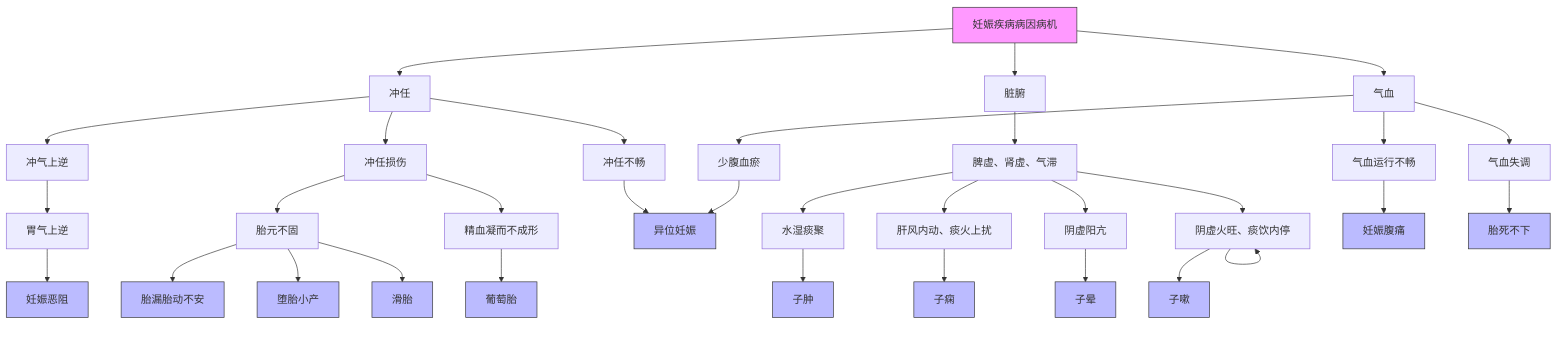
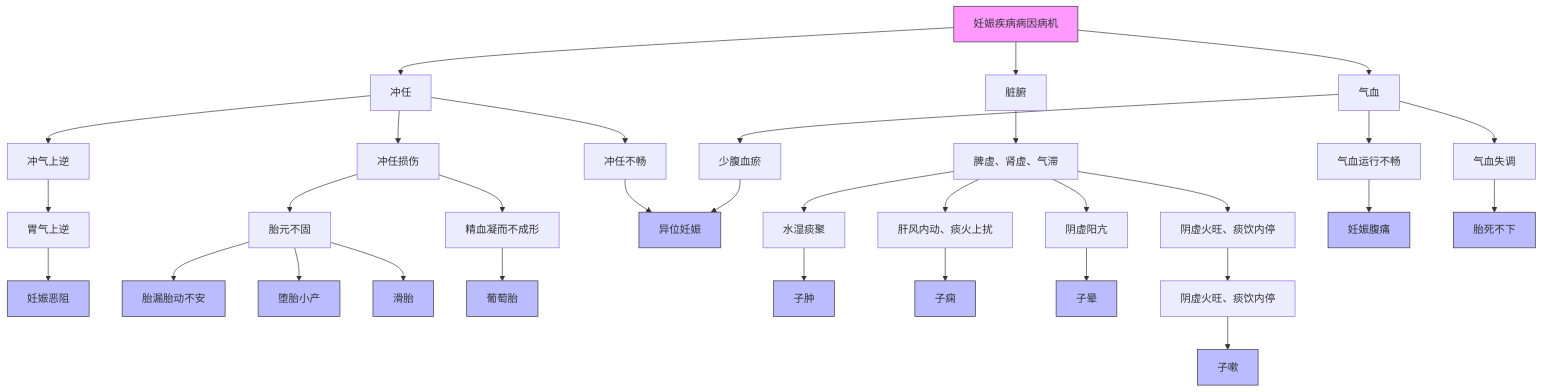
Before and after one commit to lili23755/iodraw-files: the diagram in all/未命名.md, drawn with Mermaid.

Commit message:
2025-04-04 11:15:59 update

````diff
--- a/all/未命名.md
+++ b/all/未命名.md
@@ -1,35 +1,35 @@
 ```mermaid
 flowchart TD
     A[妊娠疾病病因病机] --> B[冲任]
     A --> C[脏腑]
     A --> D[气血]
     
     B --> B1[冲气上逆]--> B1a[胃气上逆]--> 妊娠恶阻
     B --> B2[冲任损伤] --> B2a[胎元不固] -->胎漏胎动不安 & 堕胎小产 & 滑胎
     B2[冲任损伤] --> B2b[精血凝而不成形] -->葡萄胎 
     B --> B3[冲任不畅] --> 异位妊娠
     
     C --> C1[脾虚、肾虚、气滞] --> C1a[水湿痰聚] --> 子肿
     C1 --> C1b[肝风内动、痰火上扰] --> 子痫
     C1 --> C1c[阴虚阳亢] --> 子晕
-    C1 --> C1d[阴虚火旺、痰饮内停]--> C1d[阴虚火旺、痰饮内停] --> 子嗽
+    C1 --> C1d[阴虚火旺、痰饮内停]--> C1d1[阴虚火旺、痰饮内停] --> 子嗽
     
     D --> D1[气血运行不畅] --> 妊娠腹痛
     D --> D2[气血失调] --> 胎死不下
     D --> D3[少腹血瘀] --> 异位妊娠
 
     style A fill:#f9f,stroke:#333
     style 妊娠恶阻 fill:#bbf,stroke:#333
     style 堕胎小产 fill:#bbf,stroke:#333
     style 滑胎 fill:#bbf,stroke:#333
     style 异位妊娠 fill:#bbf,stroke:#333
     style 子肿 fill:#bbf,stroke:#333
     style 子痫 fill:#bbf,stroke:#333
     style 胎漏胎动不安 fill:#bbf,stroke:#333
     style 胎死不下 fill:#bbf,stroke:#333
     style 妊娠腹痛 fill:#bbf,stroke:#333
     style 葡萄胎 fill:#bbf,stroke:#333
     style 子晕 fill:#bbf,stroke:#333
     style 子嗽 fill:#bbf,stroke:#333
 	  
 ```
````
